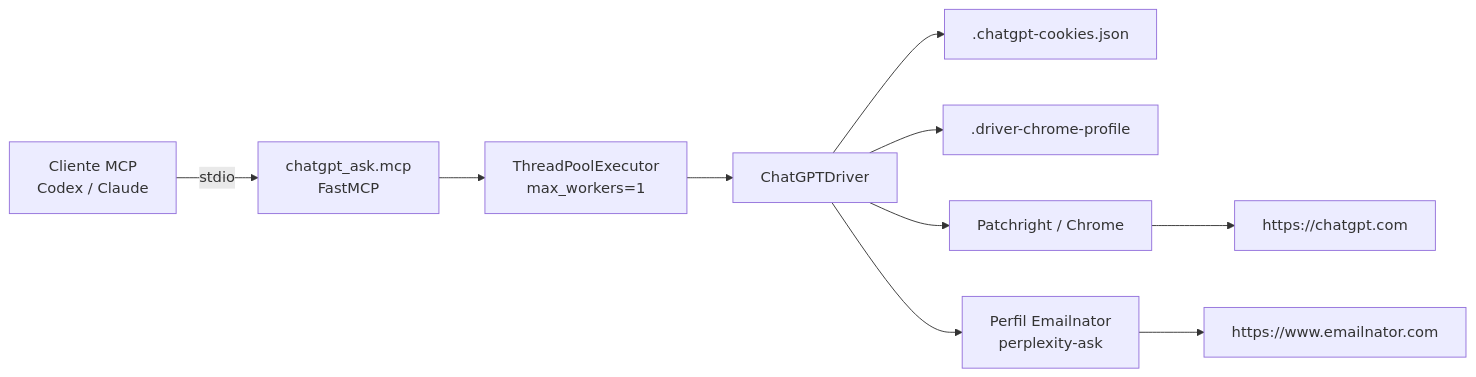
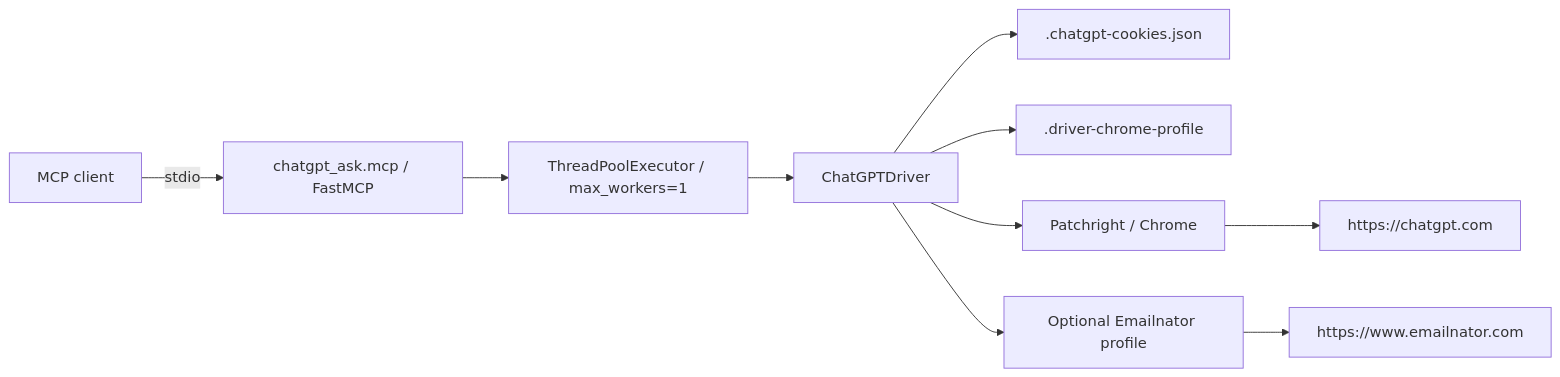
One commit to hhenryskate/chatgpt-ask changed the diagram in README.md. Above: the diagram before and after it, drawn with Mermaid. The commit also changed other lines of this file and 4 other files, not shown here.

````diff
--- a/README.md
+++ b/README.md
@@ -49,12 +39,12 @@
 ```mermaid
 flowchart LR
-    Client["Cliente MCP<br/>Codex / Claude"] -->|"stdio"| MCP["chatgpt_ask.mcp<br/>FastMCP"]
-    MCP --> Executor["ThreadPoolExecutor<br/>max_workers=1"]
+    Client["MCP client"] -->|"stdio"| MCP["chatgpt_ask.mcp / FastMCP"]
+    MCP --> Executor["ThreadPoolExecutor / max_workers=1"]
     Executor --> Driver["ChatGPTDriver"]
     Driver --> Cookies[".chatgpt-cookies.json"]
     Driver --> Profile[".driver-chrome-profile"]
     Driver --> Browser["Patchright / Chrome"]
     Browser --> ChatGPT["https://chatgpt.com"]
-    Driver --> EmailProfile["Perfil Emailnator<br/>perplexity-ask"]
+    Driver --> EmailProfile["Optional Emailnator profile"]
     EmailProfile --> Emailnator["https://www.emailnator.com"]
 ```
````
